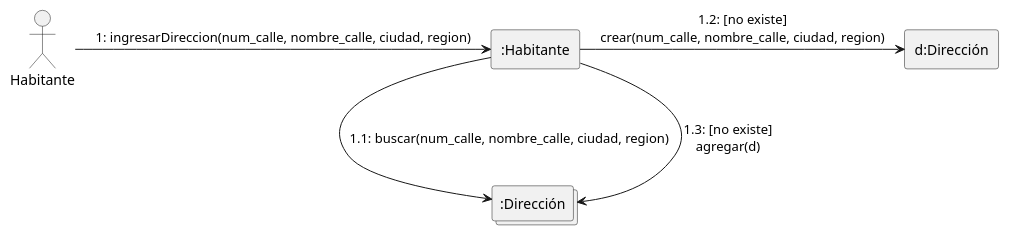
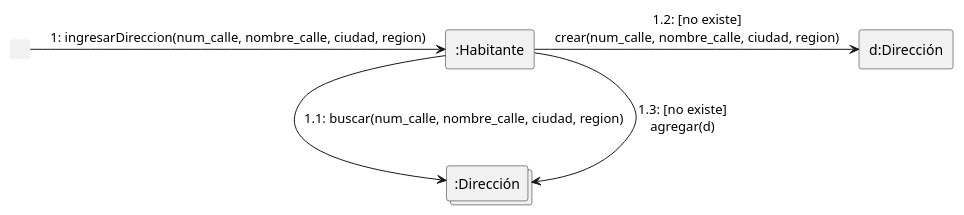
The diagram in com_1.puml (parlinhoo/ing-software1), drawn with PlantUML before and after one commit.

Commit message:
Update com_1.puml
Fuente de primer mensaje invisible.

```diff
--- a/com_1.puml
+++ b/com_1.puml
@@ -1,19 +1,19 @@
 @startuml
 skinparam linestyle ortho
 hide empty members
 
-actor "Habitante" as user
+rectangle " " as source #line:transparent;text:transparent
 
 rectangle ":Habitante" as h
 collections ":Dirección" as ds
 rectangle "d:Dirección" as d
 
-user-right-> h: 1: ingresarDireccion(num_calle, nombre_calle, ciudad, region)
+source -right-> h: 1: ingresarDireccion(num_calle, nombre_calle, ciudad, region)
 
 h -down-> ds: 1.1: buscar(num_calle, nombre_calle, ciudad, region)
 
 h -right-> d: 1.2: [no existe]\ncrear(num_calle, nombre_calle, ciudad, region)
 
 h -down-> ds: 1.3: [no existe]\nagregar(d)
 
 @enduml
```
